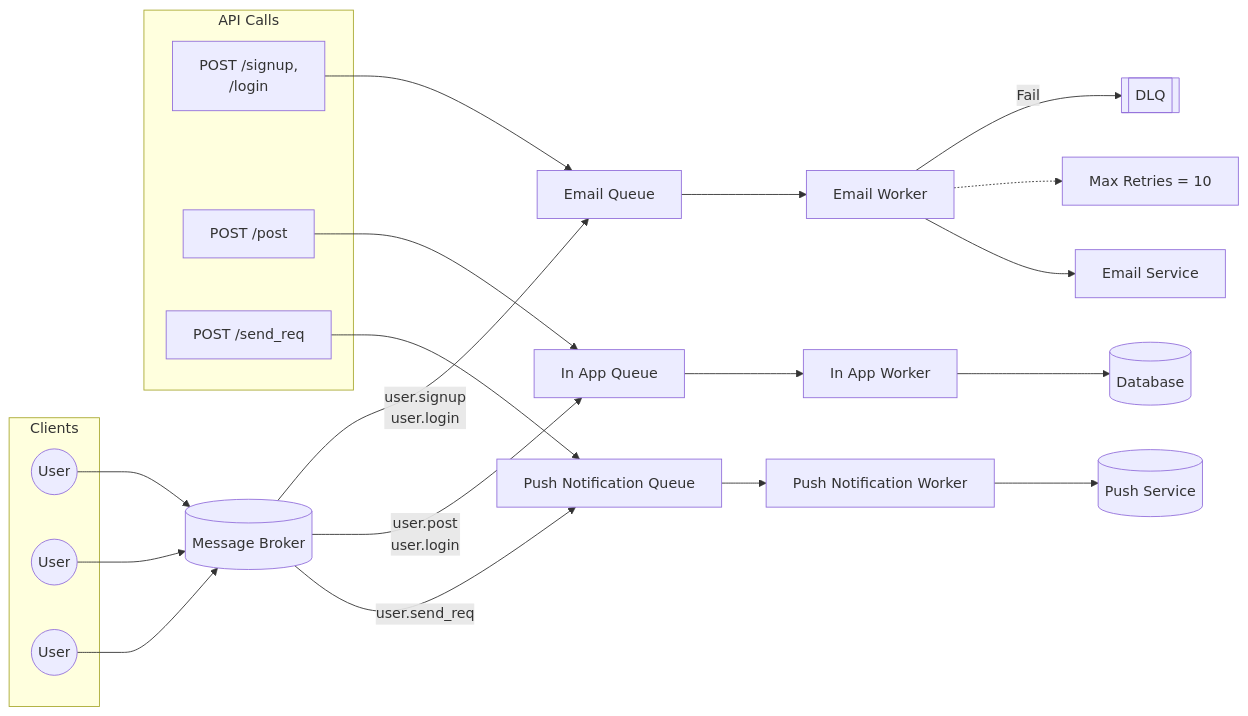
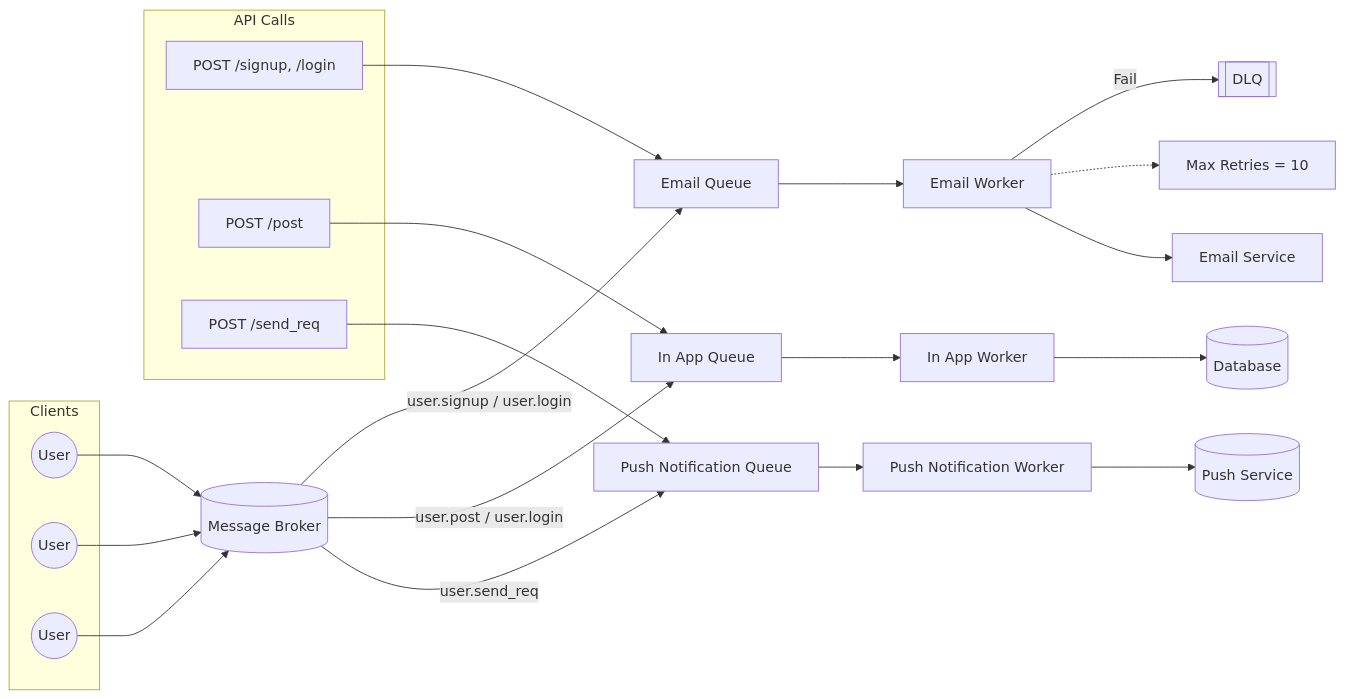
One commit to NalinDalal/system-design changed the third of 4 diagrams in 3.NotificationSystem.md. Above: the diagram before and after it, drawn with Mermaid. The commit also changed other lines of this file and 2 other files, not shown here.

````diff
--- a/3.NotificationSystem.md
+++ b/3.NotificationSystem.md
@@ -297,61 +189,61 @@
 ```mermaid
 flowchart LR
     %% Clients
     subgraph Clients
         U1((User))
         U2((User))
         U3((User))
     end
 
     %% Entry Point (Message Broker)
     Broker[(Message Broker)]
     U1 --> Broker
     U2 --> Broker
     U3 --> Broker
 
     %% Queues
     EQ[Email Queue]
     IAQ[In App Queue]
     PNQ[Push Notification Queue]
 
     %% Workers
     EW[Email Worker]
     IAW[In App Worker]
     PNW[Push Notification Worker]
 
     %% DLQ
     DLQ[[DLQ]]
     NoteDLQ["Max Retries = 10"]
 
     %% Flows
-    Broker -->|user.signup<br/>user.login| EQ
-    Broker -->|user.post<br/>user.login| IAQ
+    Broker -->|user.signup / user.login| EQ
+    Broker -->|user.post / user.login| IAQ
     Broker -->|user.send_req| PNQ
 
     EQ --> EW
     EW -->|Fail| DLQ
     EW -.-> NoteDLQ
     IAQ --> IAW
     PNQ --> PNW
 
     %% Services
     SES[Email Service]
     DB[(Database)]
     Push[(Push Service)]
 
     EW --> SES
     IAW --> DB
     PNW --> Push
 
     %% API Calls
     subgraph API Calls
-        A1[POST /signup,<br/>/login]
-        A2[POST /post]
-        A3[POST /send_req]
+        A1["POST /signup, /login"]
+        A2["POST /post"]
+        A3["POST /send_req"]
     end
 
     A1 --> EQ
     A2 --> IAQ
     A3 --> PNQ
 
 ```
````
